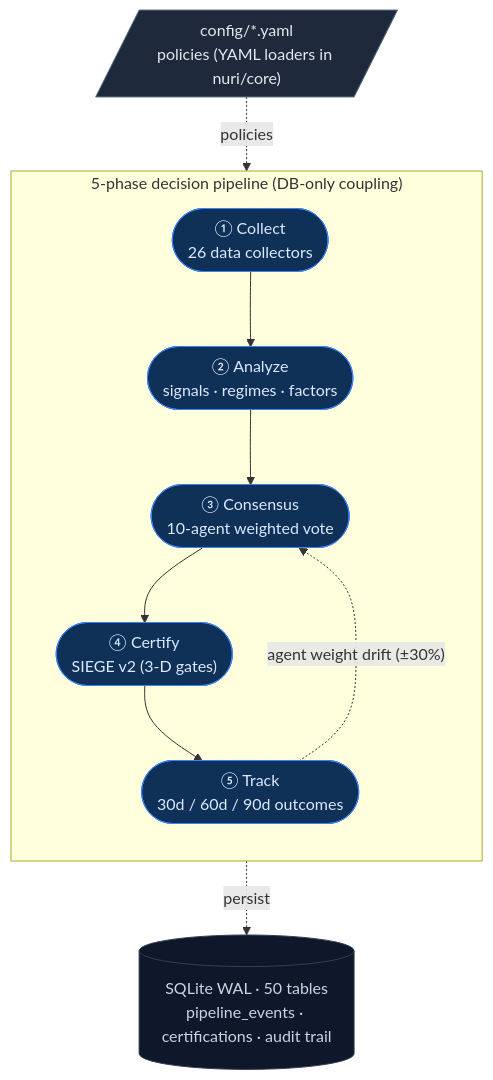
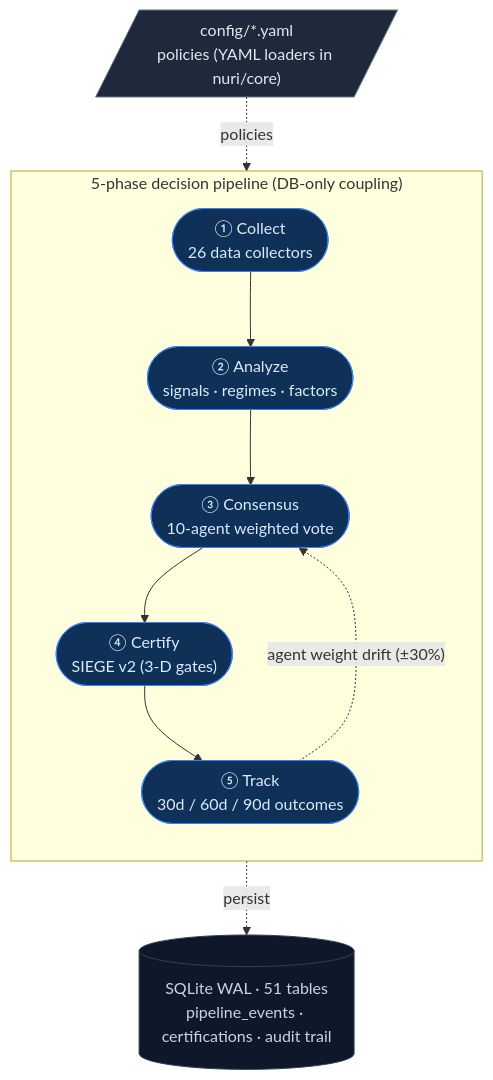
One commit to researcherhojin/nuri-quant changed the diagram in README.md. Above: the diagram before and after it, drawn with Mermaid. The commit also changed 11 other files, not shown here.

````diff
--- a/README.md
+++ b/README.md
@@ -17,25 +17,25 @@
 ```mermaid
 flowchart TB
     CFG[/"config/*.yaml<br/>policies (YAML loaders in nuri/core)"/]:::source
 
     subgraph Pipeline["5-phase decision pipeline (DB-only coupling)"]
         direction TB
         A(["① Collect<br/>26 data collectors"]):::pipe
         B(["② Analyze<br/>signals · regimes · factors"]):::pipe
         C(["③ Consensus<br/>10-agent weighted vote"]):::pipe
         D(["④ Certify<br/>SIEGE v2 (3-D gates)"]):::pipe
         E(["⑤ Track<br/>30d / 60d / 90d outcomes"]):::pipe
 
         A --> B --> C --> D --> E
         E -. "agent weight drift (±30%)" .-> C
     end
 
-    DB[("SQLite WAL · 50 tables<br/>pipeline_events · certifications · audit trail")]:::sink
+    DB[("SQLite WAL · 51 tables<br/>pipeline_events · certifications · audit trail")]:::sink
 
     CFG -. policies .-> Pipeline
     Pipeline -. persist .-> DB
 
     classDef source fill:#1e293b,stroke:#64748b,color:#e2e8f0
     classDef pipe   fill:#0f3057,stroke:#3b82f6,color:#dbeafe
     classDef sink   fill:#0f172a,stroke:#334155,color:#cbd5e1
 ```
````
